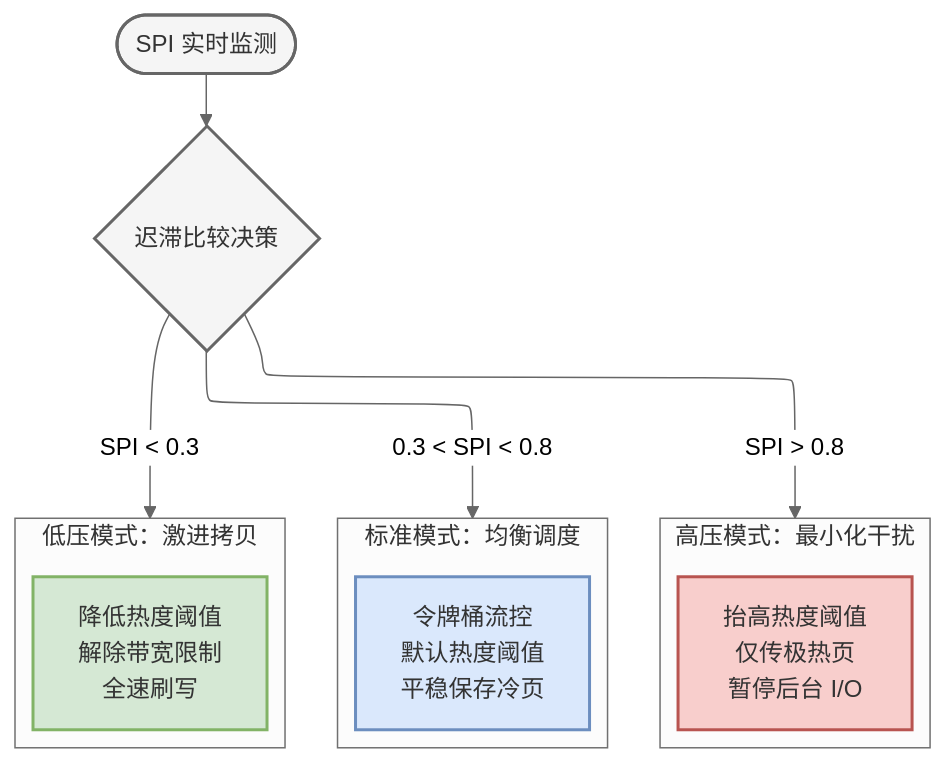
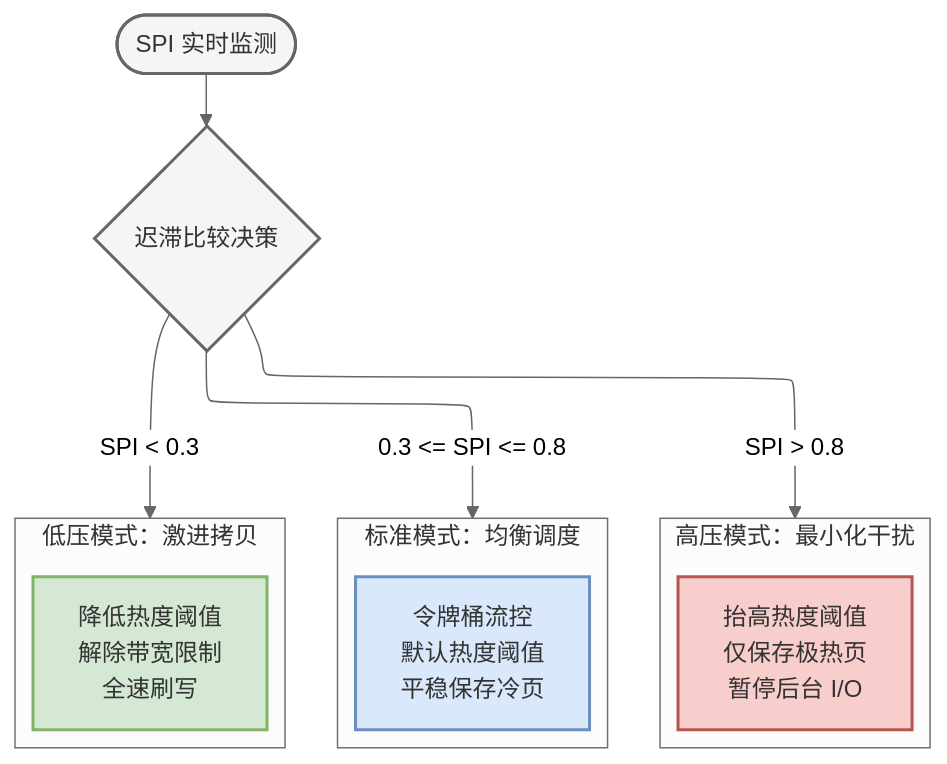
Before and after one commit to Soul-of-Sky/lunwen: the diagram in figures/spi.mmd, drawn with Mermaid (neutral theme). The commit also changed 22 other files, not shown here.

```diff
--- a/figures/spi.mmd
+++ b/figures/spi.mmd
@@ -1,34 +1,34 @@
 ---
 config:
   layout: elk
 ---
 flowchart TB
  subgraph High["高压模式：最小化干扰"]
     direction TB
-        H_Action["抬高热度阈值<br>仅传极热页<br>暂停后台 I/O"]
+        H_Action["抬高热度阈值<br>仅保存极热页<br>暂停后台 I/O"]
   end
  subgraph Standard["标准模式：均衡调度"]
     direction TB
         S_Action["令牌桶流控<br>默认热度阈值<br>平稳保存冷页"]
   end
  subgraph Low["低压模式：激进拷贝"]
     direction TB
         L_Action["降低热度阈值<br>解除带宽限制<br>全速刷写"]
   end
     Input(["SPI 实时监测"]) --> Decision{"迟滞比较决策"}
     Decision -- "SPI > 0.8" --> High
-    Decision -- "0.3 &lt; SPI &lt; 0.8" --> Standard
+    Decision -- "0.3 &lt;= SPI &lt;= 0.8" --> Standard
     Decision -- "SPI &lt; 0.3" --> Low
 
      H_Action:::highMode
      S_Action:::stdMode
      L_Action:::lowMode
      Input:::logicNode
      Decision:::logicNode
     classDef highMode fill:#f8cecc,stroke:#b85450,stroke-width:2px,color:#333
     classDef stdMode fill:#dae8fc,stroke:#6c8ebf,stroke-width:2px,color:#333
     classDef lowMode fill:#d5e8d4,stroke:#82b366,stroke-width:2px,color:#333
     classDef logicNode fill:#f5f5f5,stroke:#666,stroke-width:2px,stroke-dasharray: 5 5,color:#333
     classDef invisible fill:none,stroke:none
     style Input stroke-width:2px,stroke-dasharray: 0
     style Decision stroke-width:2px,stroke-dasharray: 0
```
